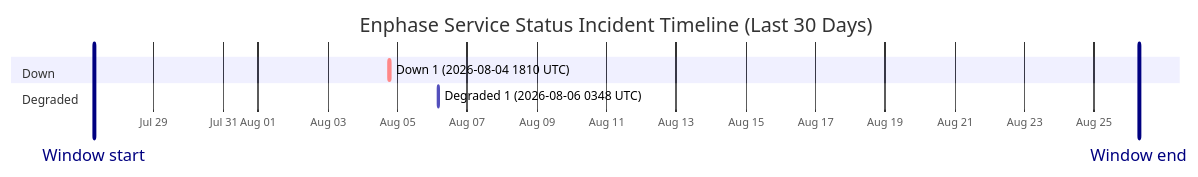
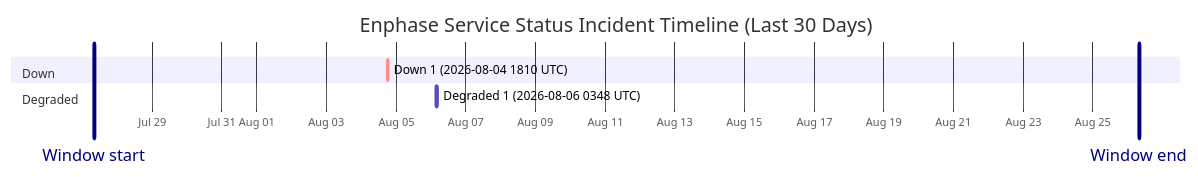
Before and after one commit to barneyonline/ha-enphase-energy: the diagram in wiki/Service-Status-History.md, drawn with Mermaid. The commit also changed other lines of this file and 3 other files, not shown here.

````diff
--- a/wiki/Service-Status-History.md
+++ b/wiki/Service-Status-History.md
@@ -14,12 +14,12 @@
 ```mermaid
 gantt
     title Enphase Service Status Incident Timeline (Last 30 Days)
     dateFormat  YYYY-MM-DDTHH:mm:ss
     axisFormat  %b %d
-    Window start :vert, window-start, 2026-07-27T06:44:38, 0ms
-    Window end :vert, window-end, 2026-08-26T06:44:38, 0ms
+    Window start :vert, window-start, 2026-07-27T07:43:23, 0ms
+    Window end :vert, window-end, 2026-08-26T07:43:23, 0ms
     section Down
     Down 1 (2026-08-04 1810 UTC) :crit, down-1, 2026-08-04T18:10:46, 60m
     section Degraded
     Degraded 1 (2026-08-06 0348 UTC) :active, degraded-1, 2026-08-06T03:48:14, 60m
 ```
````
